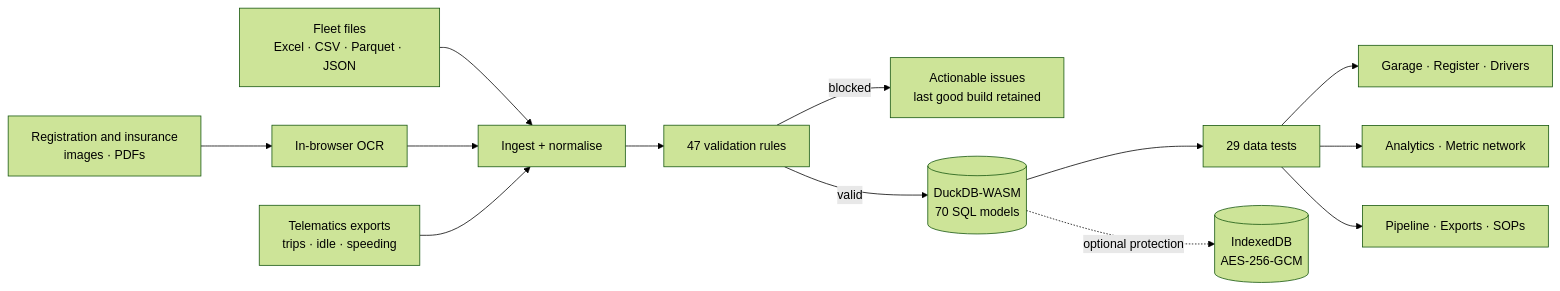
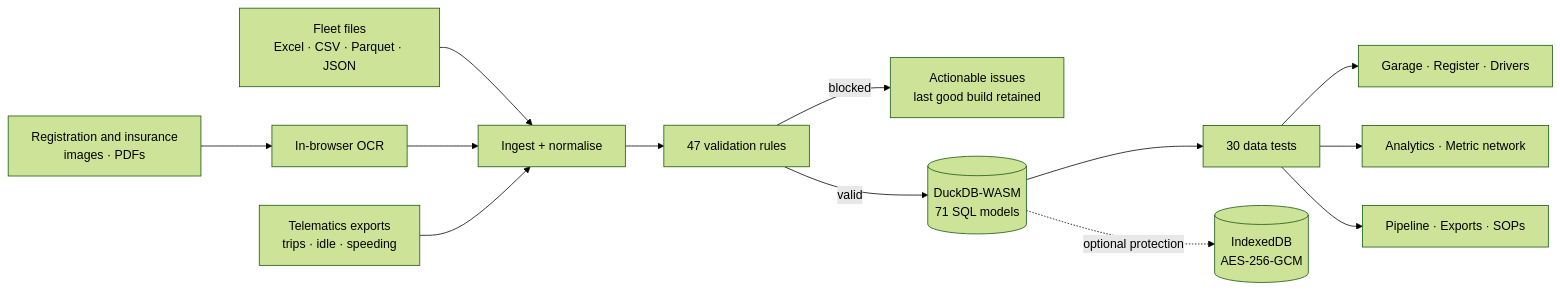
One commit to Pemalahmad/FleetOps-KPI-Dashboard changed the first of 2 diagrams in README.md. Above: the diagram before and after it, drawn with Mermaid (forest theme). The commit also changed other lines of this file and 18 other files, not shown here.

````diff
--- a/README.md
+++ b/README.md
@@ -87,15 +87,15 @@
 ```mermaid
 flowchart LR
     A["Fleet files<br/>Excel · CSV · Parquet · JSON"] --> I["Ingest + normalise"]
     B["Registration and insurance<br/>images · PDFs"] --> O["In-browser OCR"] --> I
     C["Telematics exports<br/>trips · idle · speeding"] --> I
 
     I --> V["47 validation rules"]
     V -- blocked --> E["Actionable issues<br/>last good build retained"]
-    V -- valid --> D[("DuckDB-WASM<br/>70 SQL models")]
-    D --> T["29 data tests"]
+    V -- valid --> D[("DuckDB-WASM<br/>71 SQL models")]
+    D --> T["30 data tests"]
     T --> W["Garage · Register · Drivers"]
     T --> K["Analytics · Metric network"]
     T --> P["Pipeline · Exports · SOPs"]
     D -. optional protection .-> S[("IndexedDB<br/>AES-256-GCM")]
 ```
````
